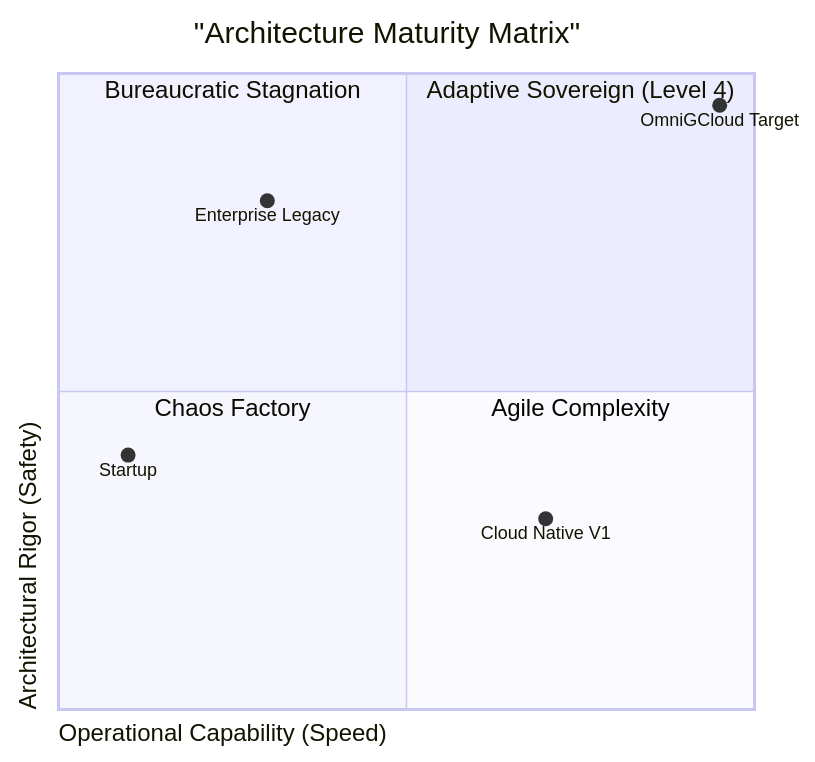
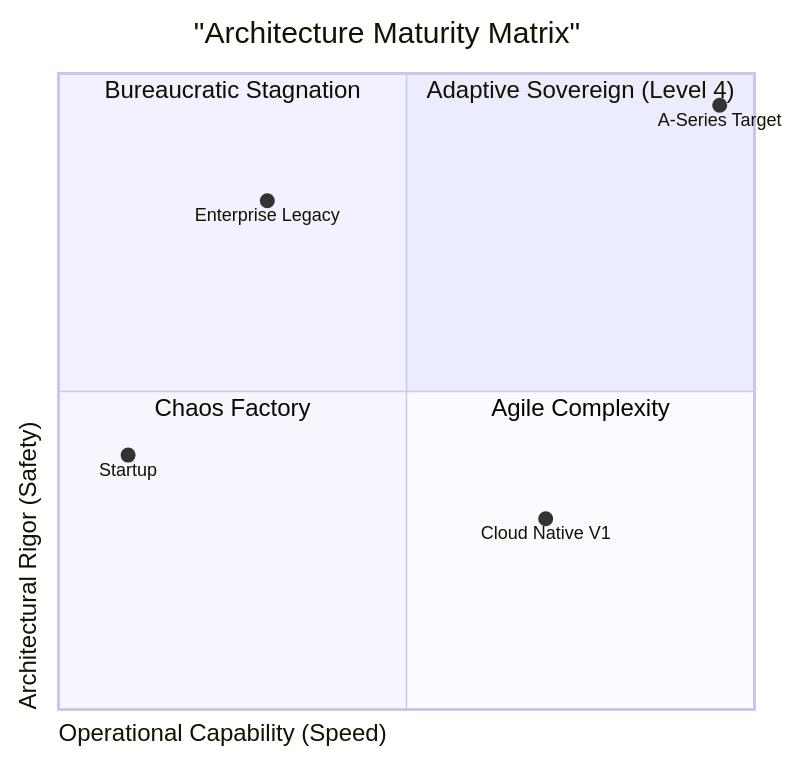
The fifth of 5 diagrams in src/app/[locale]/research/papers/a6-adaptive-policy-enforcement/A6-PAPER-FULL.md (gchaitanyabharath9/omnigcloud), drawn with Mermaid before and after one commit. The commit also changed other lines of this file and 1 other file, not shown here.

````diff
--- a/src/app/[locale]/research/papers/a6-adaptive-policy-enforcement/A6-PAPER-FULL.md
+++ b/src/app/[locale]/research/papers/a6-adaptive-policy-enforcement/A6-PAPER-FULL.md
@@ -160,15 +406,15 @@
 ```mermaid
 quadrantChart
     title "Architecture Maturity Matrix"
     x-axis "Operational Capability (Speed)"
     y-axis "Architectural Rigor (Safety)"
     quadrant-1 "Adaptive Sovereign (Level 4)"
     quadrant-2 "Bureaucratic Stagnation"
     quadrant-3 "Chaos Factory"
     quadrant-4 "Agile Complexity"
     
     "Startup" : [0.1, 0.4]
     "Enterprise Legacy" : [0.3, 0.8]
     "Cloud Native V1" : [0.7, 0.3]
-    "OmniGCloud Target" : [0.95, 0.95]
+    "A-Series Target" : [0.95, 0.95]
 ```
````
